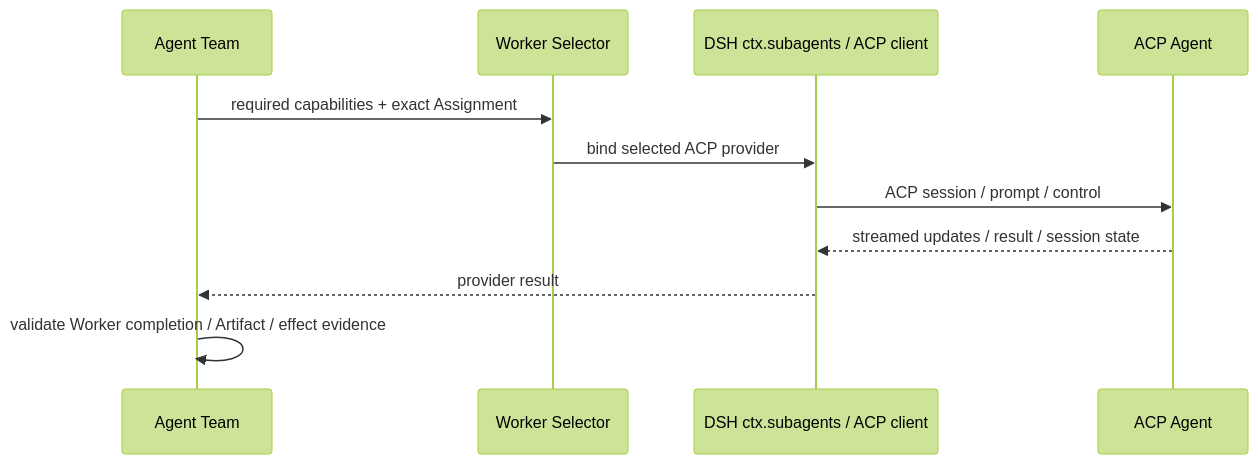
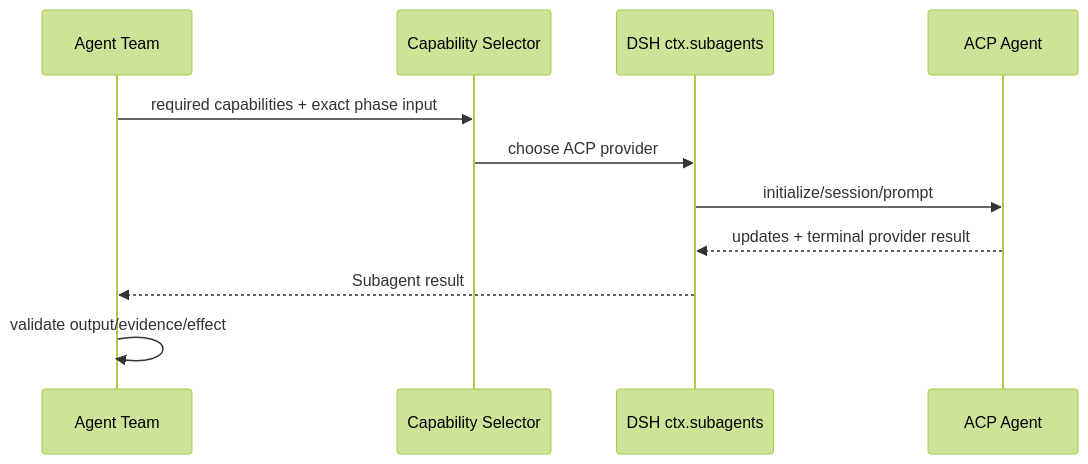
Before and after one commit to tsuuanmi/AgentOS: the first of 3 diagrams in docs/architecture/agent-communication.md, drawn with Mermaid (forest theme). The commit also changed other lines of this file, not shown here.

Commit message:
docs: remove legacy Worker Exchange from communication architecture

```diff
--- a/docs/architecture/agent-communication.md
+++ b/docs/architecture/agent-communication.md
@@ -126,14 +86,14 @@
 ~~~mermaid
 sequenceDiagram
     participant T as Agent Team
-    participant S as Worker Selector
-    participant P as DSH ctx.subagents / ACP client
-    participant W as ACP Agent
+    participant S as Capability Selector
+    participant D as DSH ctx.subagents
+    participant A as ACP Agent
 
-    T->>S: required capabilities + exact Assignment
-    S->>P: bind selected ACP provider
-    P->>W: ACP session / prompt / control
-    W-->>P: streamed updates / result / session state
-    P-->>T: provider result
-    T->>T: validate Worker completion / Artifact / effect evidence
+    T->>S: required capabilities + exact phase input
+    S->>D: choose ACP provider
+    D->>A: initialize/session/prompt
+    A-->>D: updates + terminal provider result
+    D-->>T: Subagent result
+    T->>T: validate output/evidence/effect
 ~~~
```
